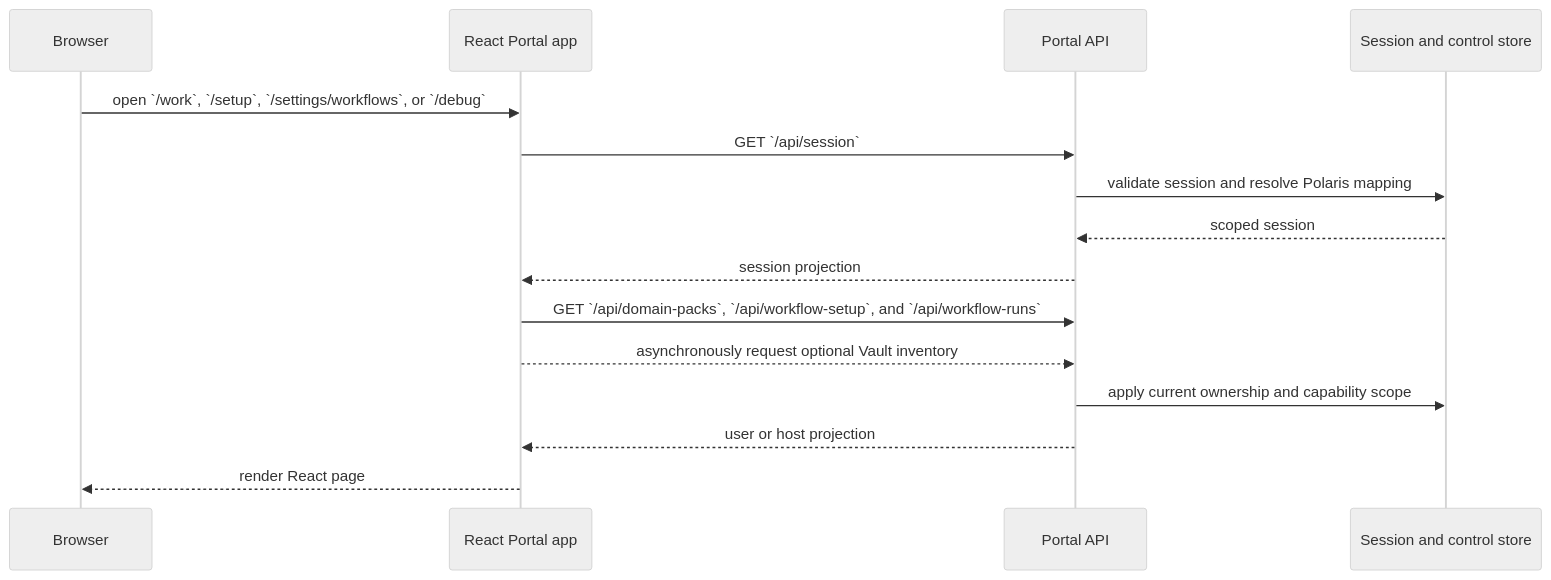
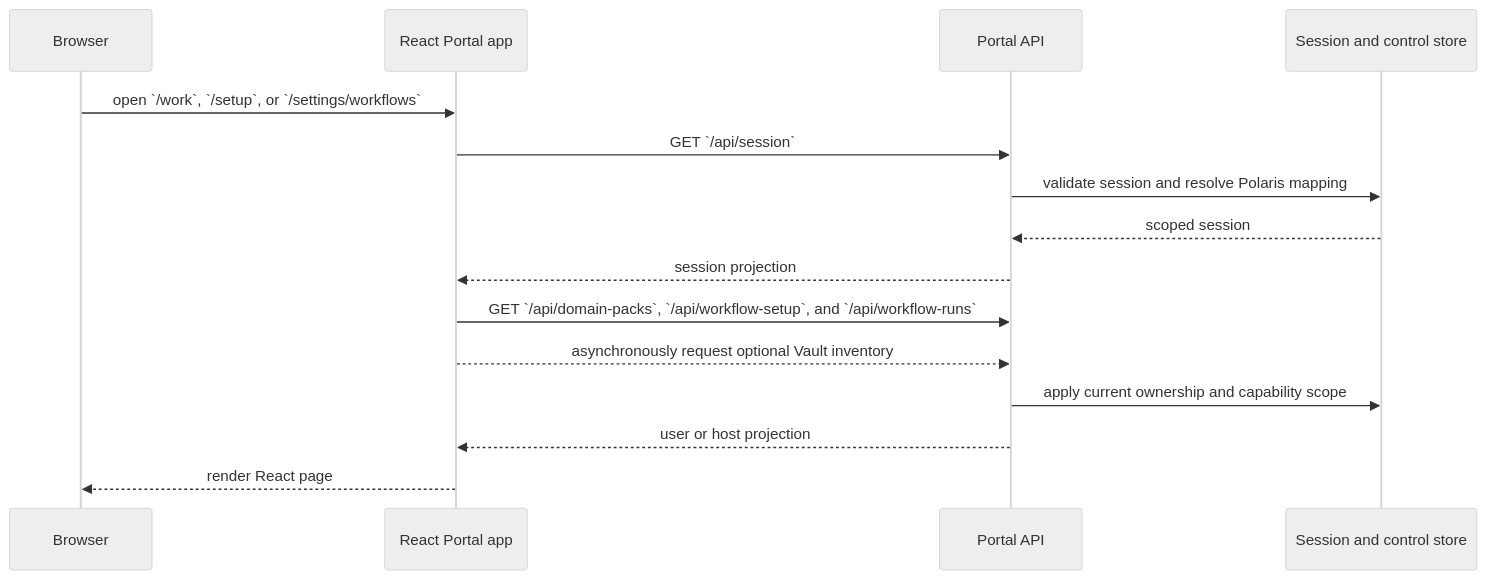
The second of 3 diagrams in apps/docs/site/polaris/polaris-portal.md (55aaseclab/Polaris), drawn with Mermaid (neutral theme) before and after one commit. The commit also changed other lines of this file and 13 other files, not shown here.

First line of the commit message:
fix(portal): restore work-list position and wrap timeline file paths

````diff
--- a/apps/docs/site/polaris/polaris-portal.md
+++ b/apps/docs/site/polaris/polaris-portal.md
@@ -251,18 +247,18 @@
 ```mermaid
 sequenceDiagram
   participant Browser
   participant App as React Portal app
   participant API as Portal API
   participant Policy as Session and control store
 
-  Browser->>App: open `/work`, `/setup`, `/settings/workflows`, or `/debug`
+  Browser->>App: open `/work`, `/setup`, or `/settings/workflows`
   App->>API: GET `/api/session`
   API->>Policy: validate session and resolve Polaris mapping
   Policy-->>API: scoped session
   API-->>App: session projection
   App->>API: GET `/api/domain-packs`, `/api/workflow-setup`, and `/api/workflow-runs`
   App-->>API: asynchronously request optional Vault inventory
   API->>Policy: apply current ownership and capability scope
   API-->>App: user or host projection
   App-->>Browser: render React page
 ```
````
